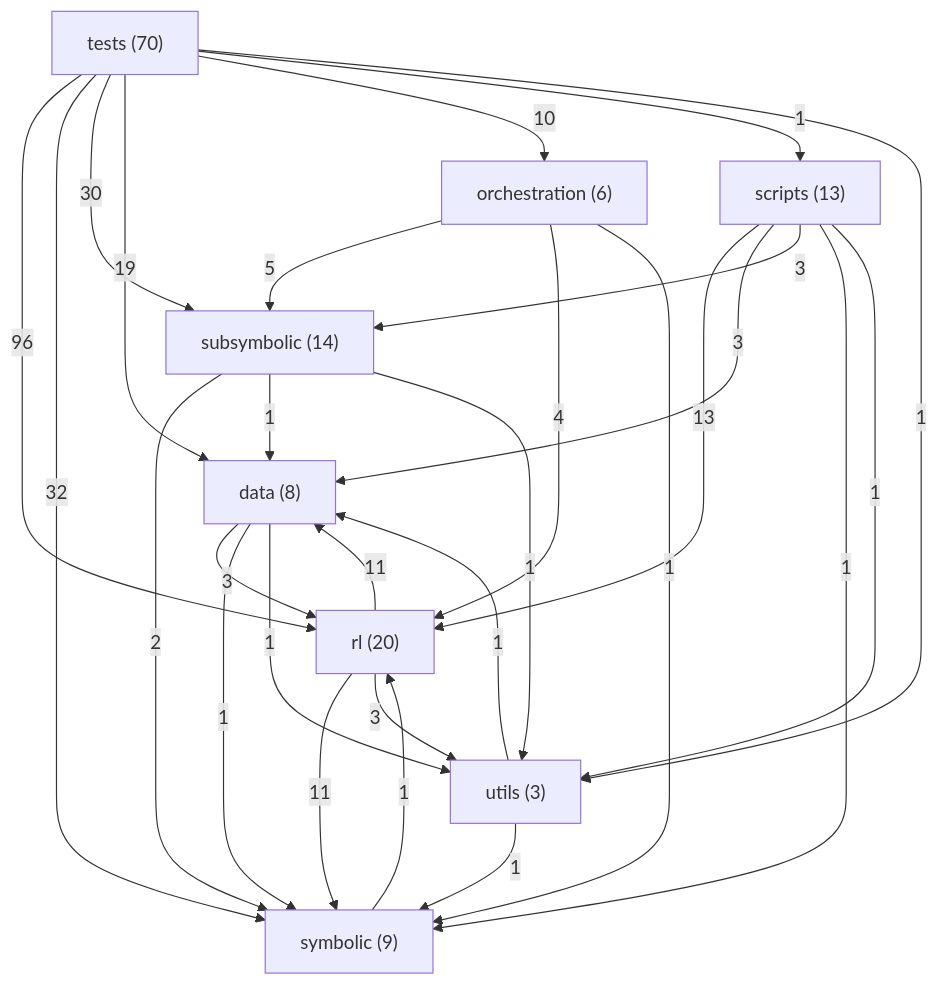
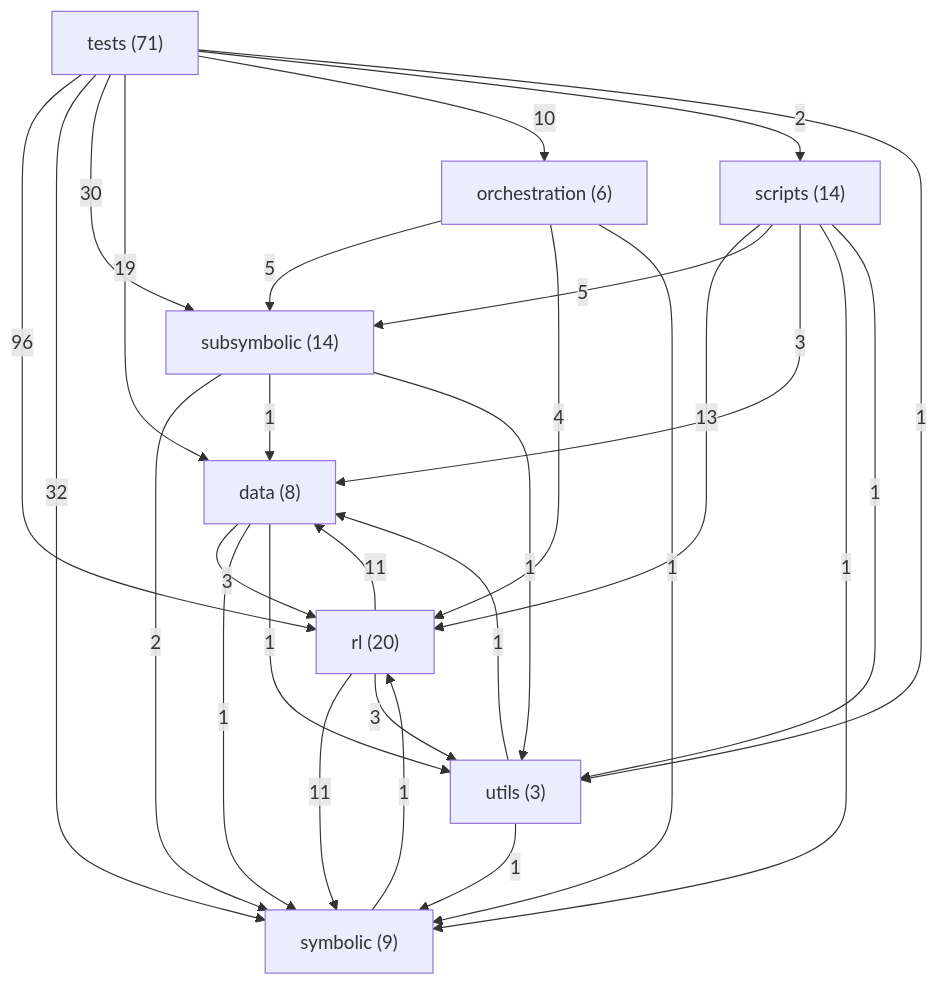
One commit to danrd/ARC-AGI changed the diagram in ARCHITECTURE.md. Above: the diagram before and after it, drawn with Mermaid. The commit also changed other lines of this file and 5 other files, not shown here.

````diff
--- a/ARCHITECTURE.md
+++ b/ARCHITECTURE.md
@@ -173,38 +173,38 @@
 ```mermaid
 graph TD
   data["data (8)"]
   orchestration["orchestration (6)"]
   rl["rl (20)"]
-  scripts["scripts (13)"]
+  scripts["scripts (14)"]
   subsymbolic["subsymbolic (14)"]
   symbolic["symbolic (9)"]
-  tests["tests (70)"]
+  tests["tests (71)"]
   utils["utils (3)"]
   tests -->|96| rl
   tests -->|32| symbolic
   tests -->|30| subsymbolic
   tests -->|19| data
   scripts -->|13| rl
   rl -->|11| data
   rl -->|11| symbolic
   tests -->|10| orchestration
   orchestration -->|5| subsymbolic
+  scripts -->|5| subsymbolic
   orchestration -->|4| rl
   data -->|3| rl
   rl -->|3| utils
   scripts -->|3| data
-  scripts -->|3| subsymbolic
   subsymbolic -->|2| symbolic
+  tests -->|2| scripts
   data -->|1| symbolic
   data -->|1| utils
   orchestration -->|1| symbolic
   scripts -->|1| symbolic
   scripts -->|1| utils
   subsymbolic -->|1| data
   subsymbolic -->|1| utils
   symbolic -->|1| rl
-  tests -->|1| scripts
   tests -->|1| utils
   utils -->|1| data
   utils -->|1| symbolic
 ```
````
